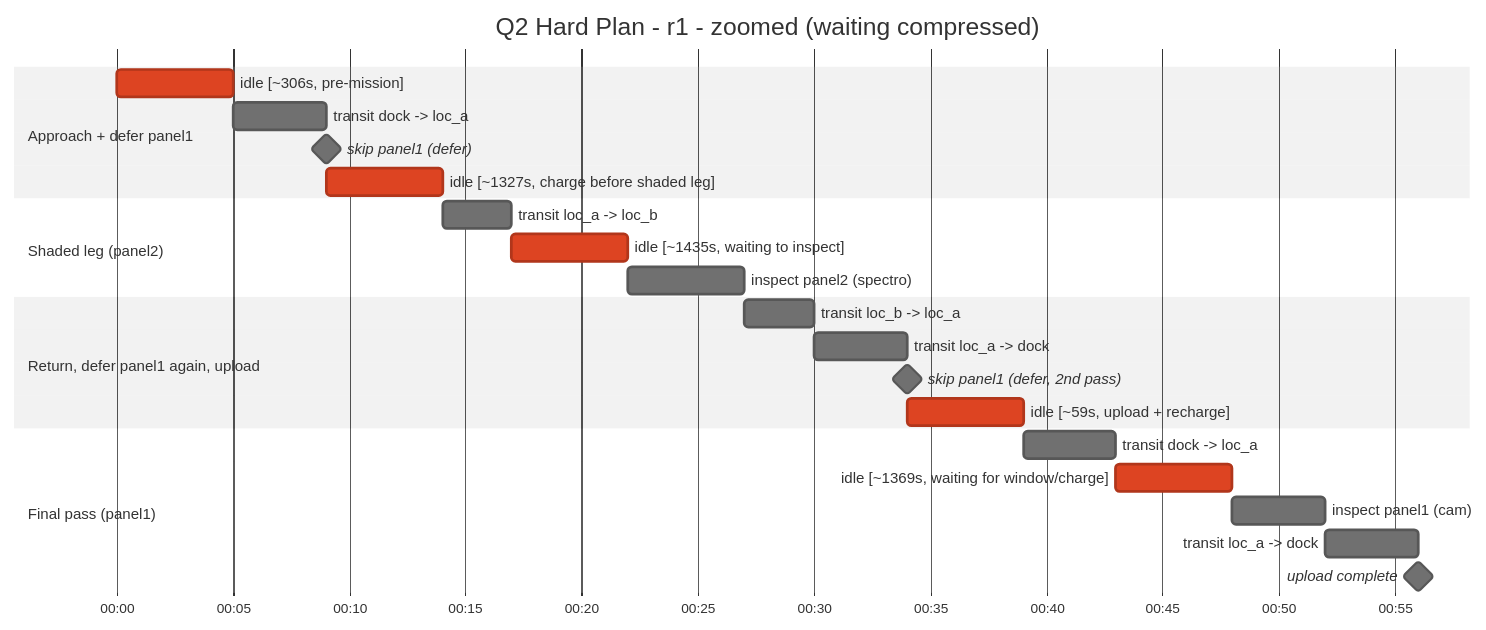
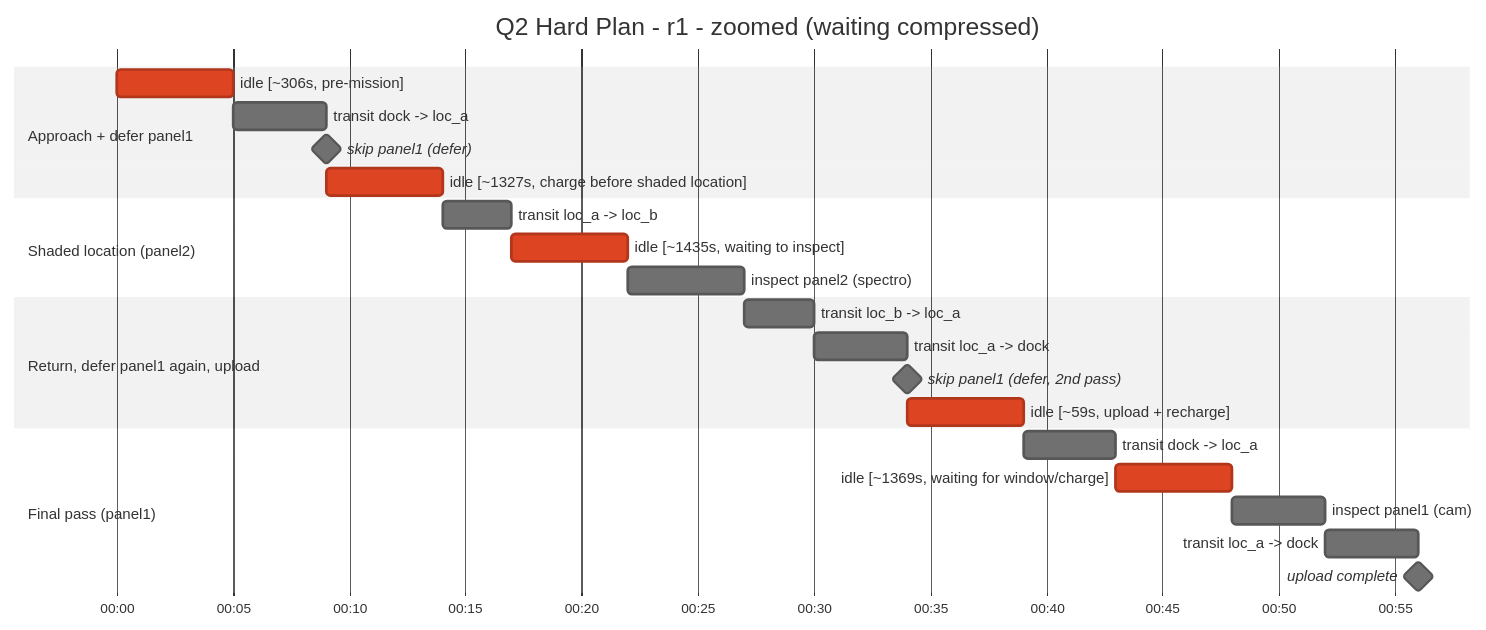
Before and after one commit to IloPinci/PDDL_Orbital_Inspection: the ninth of 9 diagrams in Readme.md, drawn with Mermaid (neutral theme). The commit also changed other lines of this file, not shown here.

````diff
--- a/Readme.md
+++ b/Readme.md
@@ -551,30 +551,30 @@
 ```mermaid
 gantt
     dateFormat  HH:mm:ss
     axisFormat  %M:%S
     title Q2 Hard Plan - r1 - zoomed (waiting compressed)
 
     section Approach + defer panel1
     idle [~306s, pre-mission]        :crit, 00:00:00, 5s
     transit dock -> loc_a            :00:00:05, 4s
     skip panel1 (defer)              :milestone, 00:00:09, 0s
-    idle [~1327s, charge before shaded leg] :crit, 00:00:09, 5s
+    idle [~1327s, charge before shaded location] :crit, 00:00:09, 5s
 
-    section Shaded leg (panel2)
+    section Shaded location (panel2)
     transit loc_a -> loc_b           :00:00:14, 3s
     idle [~1435s, waiting to inspect] :crit, 00:00:17, 5s
     inspect panel2 (spectro)         :00:00:22, 5s
 
     section Return, defer panel1 again, upload
     transit loc_b -> loc_a           :00:00:27, 3s
     transit loc_a -> dock            :00:00:30, 4s
     skip panel1 (defer, 2nd pass)    :milestone, 00:00:34, 0s
     idle [~59s, upload + recharge]   :crit, 00:00:34, 5s
 
     section Final pass (panel1)
     transit dock -> loc_a            :00:00:39, 4s
     idle [~1369s, waiting for window/charge] :crit, 00:00:43, 5s
     inspect panel1 (cam)             :00:00:48, 4s
     transit loc_a -> dock            :00:00:52, 4s
     upload complete                  :milestone, 00:00:56, 0s
 ```
````
